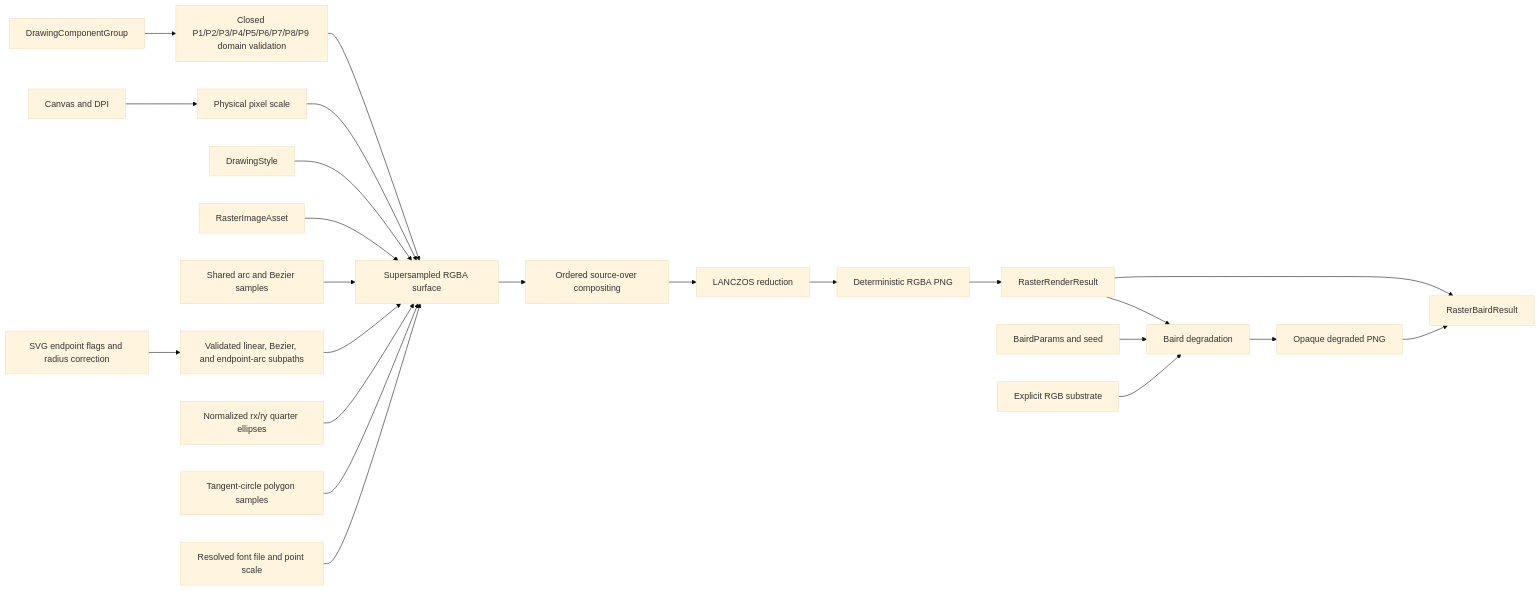
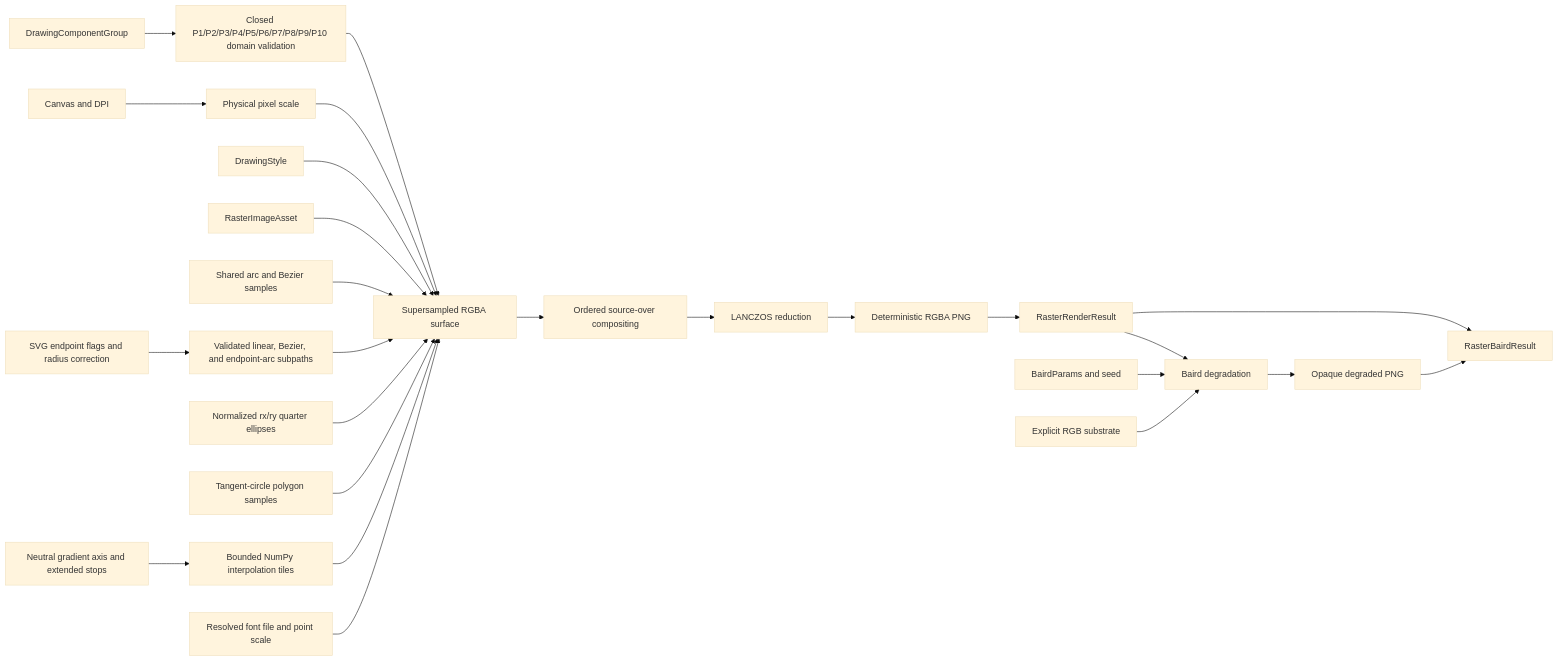
One commit to cmill32405/InkGen changed the diagram in docs/diagrams/raster-renderer.mmd. Above: the diagram before and after it, drawn with Mermaid (base theme). The commit also changed 14 other files, not shown here.

```diff
--- a/docs/diagrams/raster-renderer.mmd
+++ b/docs/diagrams/raster-renderer.mmd
@@ -1,23 +1,25 @@
 flowchart LR
-    Group[DrawingComponentGroup] --> Validate[Closed P1/P2/P3/P4/P5/P6/P7/P8/P9 domain validation]
+    Group[DrawingComponentGroup] --> Validate[Closed P1/P2/P3/P4/P5/P6/P7/P8/P9/P10 domain validation]
     Canvas[Canvas and DPI] --> Scale[Physical pixel scale]
     Validate --> Surface[Supersampled RGBA surface]
     Scale --> Surface
     Style[DrawingStyle] --> Surface
     Assets[RasterImageAsset] --> Surface
     Curves[Shared arc and Bezier samples] --> Surface
     Paths[Validated linear, Bezier, and endpoint-arc subpaths] --> Surface
     ArcFlags[SVG endpoint flags and radius correction] --> Paths
     Rounded[Normalized rx/ry quarter ellipses] --> Surface
     RoundedPolygon[Tangent-circle polygon samples] --> Surface
+    Gradient[Neutral gradient axis and extended stops] --> Tiles[Bounded NumPy interpolation tiles]
+    Tiles --> Surface
     Font[Resolved font file and point scale] --> Surface
     Surface --> Composite[Ordered source-over compositing]
     Composite --> Reduce[LANCZOS reduction]
     Reduce --> PNG[Deterministic RGBA PNG]
     PNG --> Result[RasterRenderResult]
     Result --> Pair[RasterBairdResult]
     Result --> Baird[Baird degradation]
     Params[BairdParams and seed] --> Baird
     Substrate[Explicit RGB substrate] --> Baird
     Baird --> Scan[Opaque degraded PNG]
     Scan --> Pair
```
